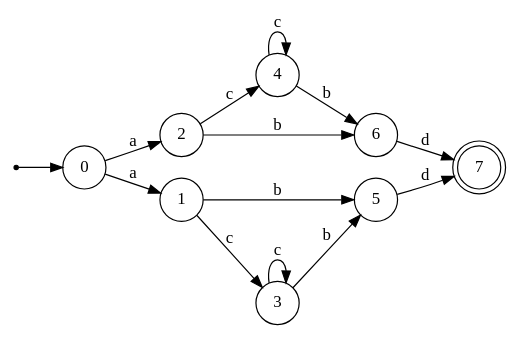
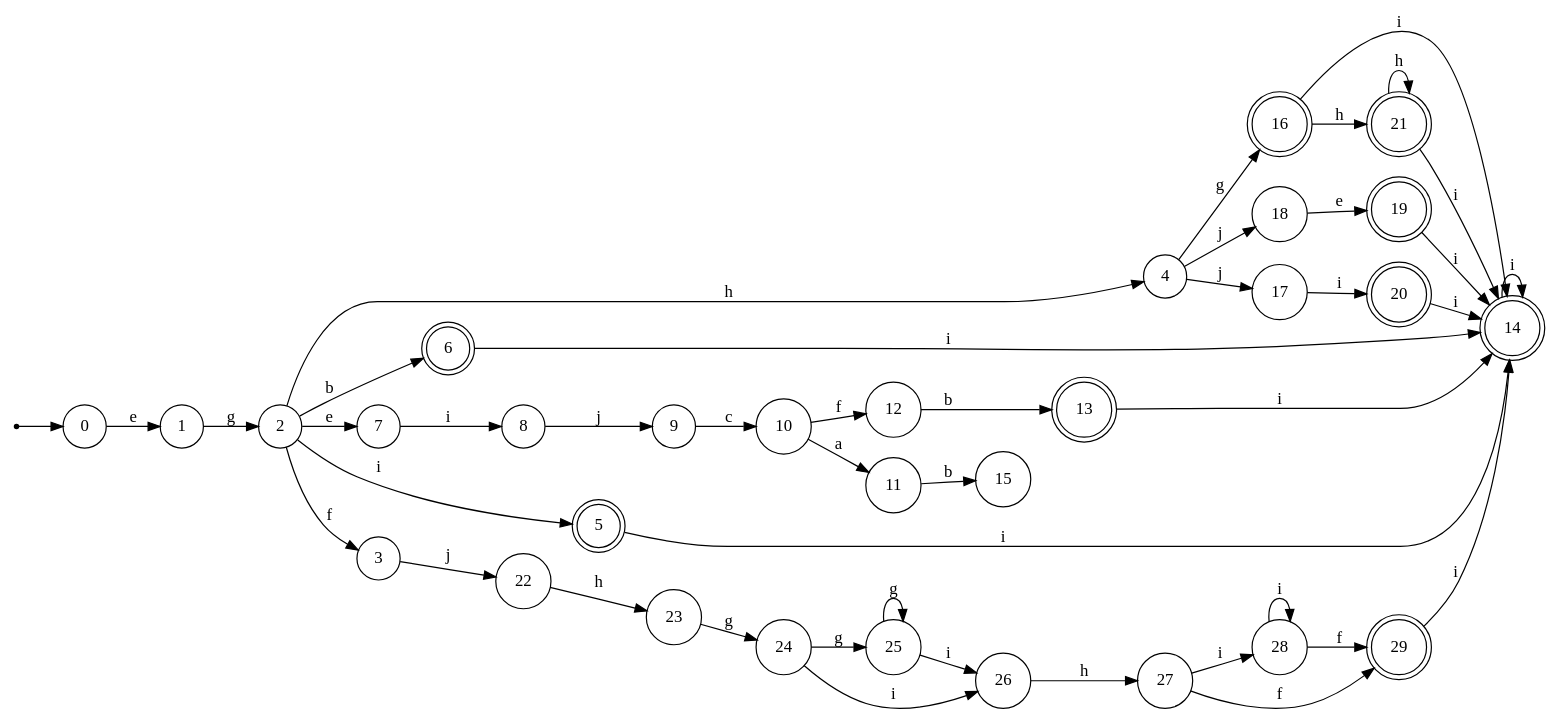
The diagram in nfa.gv (LeonardoDeFaveri/NFA-minimization), drawn with Graphviz before and after one commit. The commit also changed 17 other files, not shown here.

```diff
--- a/nfa.gv
+++ b/nfa.gv
@@ -1,26 +1,78 @@
 digraph {
 	rankdir = LR;
 	size = "30,20";
 	node [shape = point]; "dummy0"
 	node [shape = circle]; "0"
 	"dummy0" -> "0";
+	node [shape = doublecircle]; "13";
+	node [shape = doublecircle]; "16";
+	node [shape = doublecircle]; "19";
+	node [shape = doublecircle]; "20";
 	node [shape = circle]; "4";
-	node [shape = circle]; "5";
-	node [shape = circle]; "6";
+	node [shape = circle]; "23";
+	node [shape = doublecircle]; "6";
+	node [shape = circle]; "15";
+	node [shape = circle]; "2";
+	node [shape = circle]; "10";
+	node [shape = circle]; "27";
+	node [shape = circle]; "18";
+	node [shape = circle]; "17";
+	node [shape = circle]; "1";
+	node [shape = circle]; "9";
+	node [shape = circle]; "12";
+	node [shape = circle]; "25";
+	node [shape = circle]; "28";
+	node [shape = circle]; "8";
+	node [shape = circle]; "7";
+	node [shape = circle]; "26";
+	node [shape = doublecircle]; "5";
+	node [shape = circle]; "22";
+	node [shape = doublecircle]; "29";
+	node [shape = doublecircle]; "14";
 	node [shape = circle]; "3";
-	node [shape = circle]; "2";
-	node [shape = doublecircle]; "7";
-	node [shape = circle]; "1";
-	"3" -> "5" [label = "b"];
-	"3" -> "3" [label = "c"];
-	"0" -> "2" [label = "a"];
-	"0" -> "1" [label = "a"];
-	"1" -> "3" [label = "c"];
-	"1" -> "5" [label = "b"];
-	"5" -> "7" [label = "d"];
+	node [shape = circle]; "11";
+	node [shape = doublecircle]; "21";
+	node [shape = circle]; "24";
+	"11" -> "15" [label = "b"];
+	"21" -> "14" [label = "i"];
+	"21" -> "21" [label = "h"];
+	"6" -> "14" [label = "i"];
 	"2" -> "6" [label = "b"];
-	"2" -> "4" [label = "c"];
-	"4" -> "4" [label = "c"];
-	"4" -> "6" [label = "b"];
-	"6" -> "7" [label = "d"];
+	"2" -> "7" [label = "e"];
+	"2" -> "3" [label = "f"];
+	"2" -> "5" [label = "i"];
+	"2" -> "4" [label = "h"];
+	"9" -> "10" [label = "c"];
+	"14" -> "14" [label = "i"];
+	"0" -> "1" [label = "e"];
+	"18" -> "19" [label = "e"];
+	"4" -> "17" [label = "j"];
+	"4" -> "18" [label = "j"];
+	"4" -> "16" [label = "g"];
+	"19" -> "14" [label = "i"];
+	"16" -> "14" [label = "i"];
+	"16" -> "21" [label = "h"];
+	"7" -> "8" [label = "i"];
+	"13" -> "14" [label = "i"];
+	"27" -> "28" [label = "i"];
+	"27" -> "29" [label = "f"];
+	"12" -> "13" [label = "b"];
+	"3" -> "22" [label = "j"];
+	"22" -> "23" [label = "h"];
+	"28" -> "28" [label = "i"];
+	"28" -> "29" [label = "f"];
+	"17" -> "20" [label = "i"];
+	"20" -> "14" [label = "i"];
+	"5" -> "14" [label = "i"];
+	"24" -> "25" [label = "g"];
+	"24" -> "26" [label = "i"];
+	"1" -> "2" [label = "g"];
+	"10" -> "11" [label = "a"];
+	"10" -> "12" [label = "f"];
+	"23" -> "24" [label = "g"];
+	"29" -> "14" [label = "i"];
+	"8" -> "9" [label = "j"];
+	"25" -> "26" [label = "i"];
+	"25" -> "25" [label = "g"];
+	"26" -> "27" [label = "h"];
 }
```
